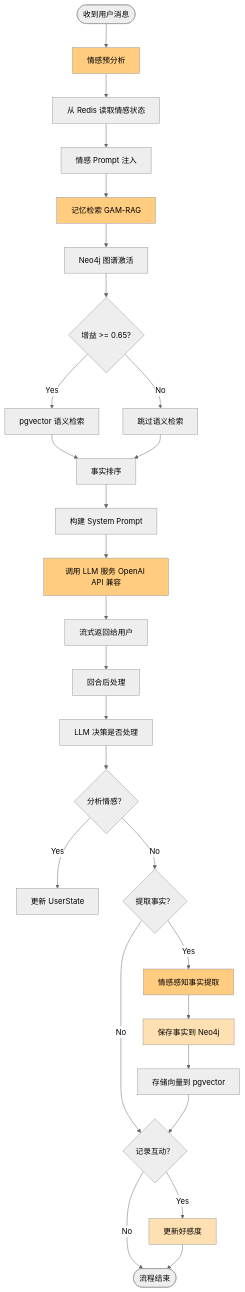
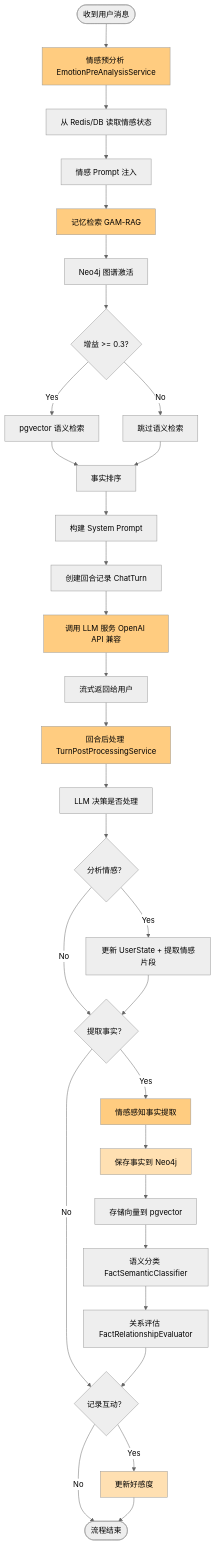
The tenth of 27 diagrams in doc/系统架构设计文档.md (SailRuo/LingShu-AI), drawn with Mermaid (neutral theme) before and after one commit. The commit also changed other lines of this file and 2 other files, not shown here.

````diff
--- a/doc/系统架构设计文档.md
+++ b/doc/系统架构设计文档.md
@@ -608,42 +691,48 @@
 ```mermaid
 flowchart TD
-    Start([收到用户消息]) --> PreAnalysis[情感预分析]
-    PreAnalysis --> GetEmotion[从 Redis 读取情感状态]
+    Start([收到用户消息]) --> PreAnalysis[情感预分析 EmotionPreAnalysisService]
+    PreAnalysis --> GetEmotion[从 Redis/DB 读取情感状态]
     GetEmotion --> InjectEmotion[情感 Prompt 注入]
     
     InjectEmotion --> MemoryRetrieval[记忆检索 GAM-RAG]
     MemoryRetrieval --> GraphActivate[Neo4j 图谱激活]
-    GraphActivate --> CalcGain{增益 >= 0.65?}
+    GraphActivate --> CalcGain{增益 >= 0.3?}
     CalcGain -->|Yes| VectorSearch[pgvector 语义检索]
     CalcGain -->|No| SkipVector[跳过语义检索]
     VectorSearch --> RankFacts[事实排序]
     SkipVector --> RankFacts
     
     RankFacts --> BuildPrompt[构建 System Prompt]
-    BuildPrompt --> CallLLM[调用 LLM 服务 OpenAI API 兼容]
+    BuildPrompt --> CreateTurn[创建回合记录 ChatTurn]
+    CreateTurn --> CallLLM[调用 LLM 服务 OpenAI API 兼容]
     CallLLM --> StreamResponse[流式返回给用户]
     
-    StreamResponse --> PostProcess[回合后处理]
+    StreamResponse --> PostProcess[回合后处理 TurnPostProcessingService]
     PostProcess --> DecideAction[LLM 决策是否处理]
+    
     DecideAction --> AnalyzeEmotion{分析情感？}
-    AnalyzeEmotion -->|Yes| UpdateEmotion[更新 UserState]
+    AnalyzeEmotion -->|Yes| UpdateEmotion[更新 UserState + 提取情感片段]
     AnalyzeEmotion -->|No| ExtractFacts{提取事实？}
     
     ExtractFacts -->|Yes| EmotionAwareExtract[情感感知事实提取]
     ExtractFacts -->|No| RecordInteraction{记录互动？}
     
     EmotionAwareExtract --> SaveToNeo4j[保存事实到 Neo4j]
     SaveToNeo4j --> StoreEmbedding[存储向量到 pgvector]
-    StoreEmbedding --> RecordInteraction
+    StoreEmbedding --> ClassifyFact[语义分类 FactSemanticClassifier]
+    ClassifyFact --> EvaluateRelations[关系评估 FactRelationshipEvaluator]
+    EvaluateRelations --> RecordInteraction
     
     RecordInteraction -->|Yes| UpdateAffinity[更新好感度]
     RecordInteraction -->|No| End([流程结束])
     UpdateAffinity --> End
+    UpdateEmotion --> ExtractFacts
     
     style PreAnalysis fill:#ffcc80
     style MemoryRetrieval fill:#ffcc80
     style CallLLM fill:#ffcc80
     style EmotionAwareExtract fill:#ffcc80
+    style PostProcess fill:#ffcc80
     style SaveToNeo4j fill:#ffe0b2
     style UpdateAffinity fill:#ffe0b2
 ```
````
